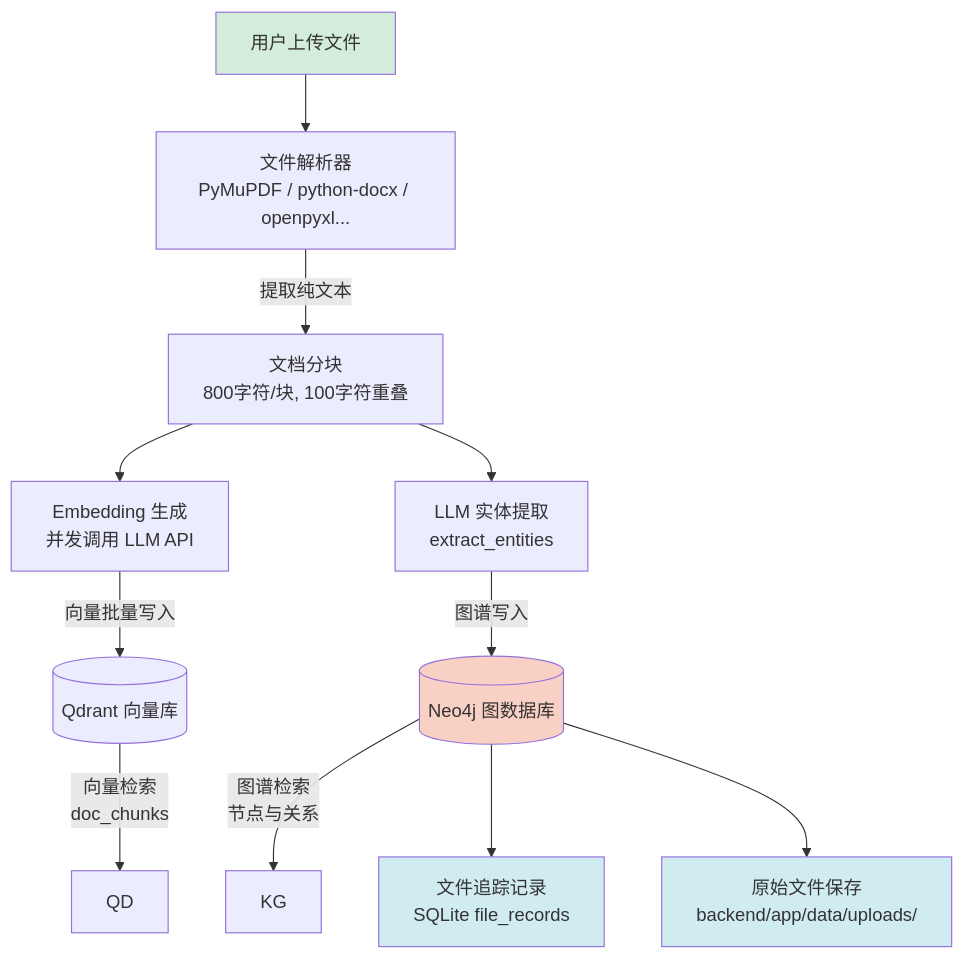
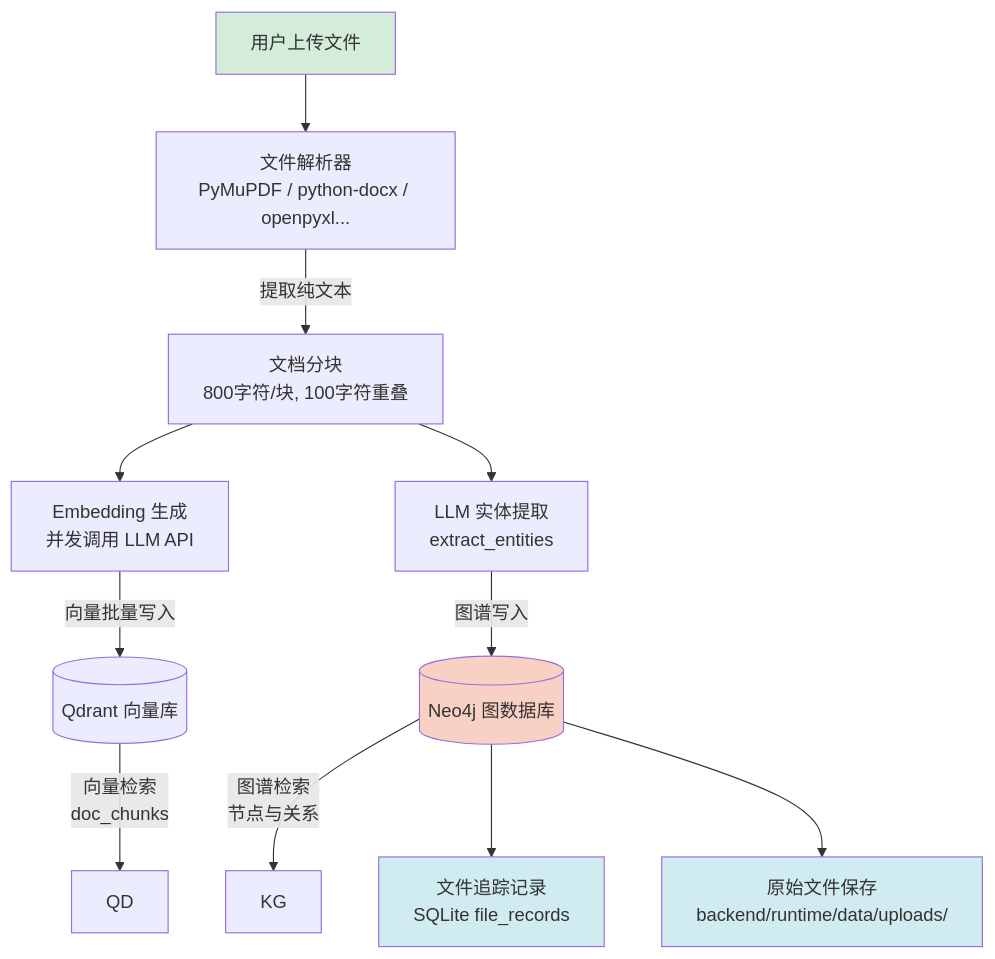
One commit to sunny-xiabo/OpenMelon changed the first of 6 diagrams in MANUAL.md. Above: the diagram before and after it, drawn with Mermaid. The commit also changed other lines of this file and 12 other files, not shown here.

````diff
--- a/MANUAL.md
+++ b/MANUAL.md
@@ -197,18 +197,18 @@
 ```mermaid
 flowchart TD
     Upload[用户上传文件] --> Parser
     Parser["文件解析器\nPyMuPDF / python-docx / openpyxl..."] -->|"提取纯文本"| Chunk
     Chunk["文档分块\n800字符/块, 100字符重叠"] --> Embedding
     Chunk --> Entity
     Embedding["Embedding 生成\n并发调用 LLM API"] -->|"向量批量写入"| Qdrant
     Entity["LLM 实体提取\nextract_entities"] -->|"图谱写入"| Neo4j
     Qdrant[(Qdrant 向量库)] -->|"向量检索\ndoc_chunks"| QD
     Neo4j[(Neo4j 图数据库)] -->|"图谱检索\n节点与关系"| KG
     Neo4j --> Tracker["文件追踪记录\nSQLite file_records"]
-    Neo4j --> Save["原始文件保存\nbackend/app/data/uploads/"]
+    Neo4j --> Save["原始文件保存\nbackend/runtime/data/uploads/"]
 
     style Neo4j fill:#f9d0c4
     style Upload fill:#d4edda
     style Tracker fill:#d1ecf1
     style Save fill:#d1ecf1
 ```
````
